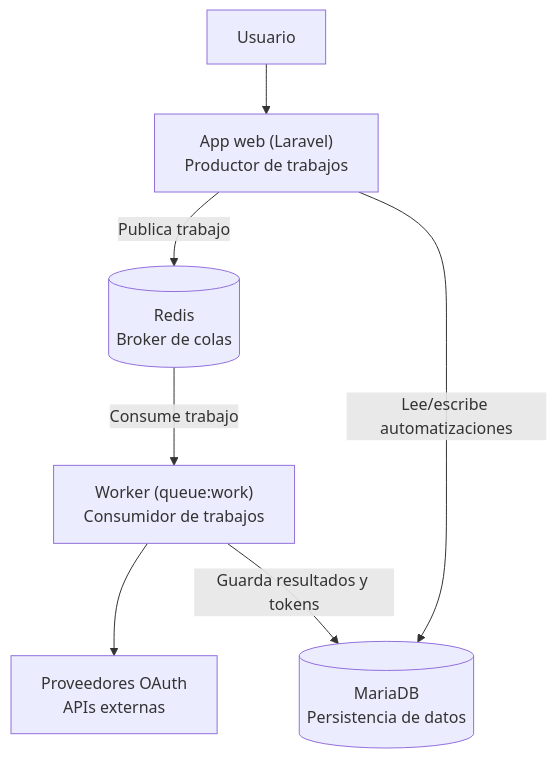
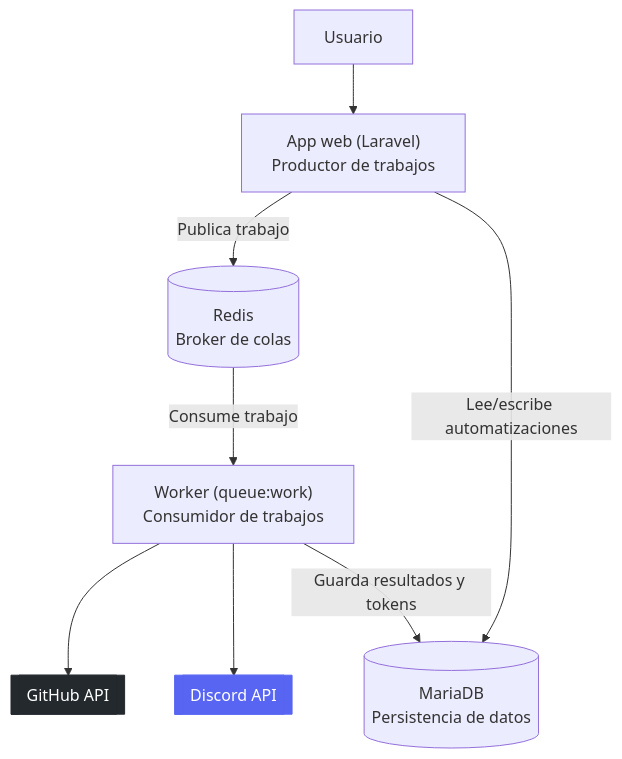
Before and after one commit to xaviferzun/flowhub.ISW811.xyz: the diagram in README.md, drawn with Mermaid. The commit also changed other lines of this file and 3 other files, not shown here.

````diff
--- a/README.md
+++ b/README.md
@@ -57,9 +82,15 @@
 ```mermaid
 flowchart TD
     U[Usuario] --> A["App web (Laravel)<br/>Productor de trabajos"]
     A -->|Publica trabajo| R[("Redis<br/>Broker de colas")]
     R -->|Consume trabajo| W["Worker (queue:work)<br/>Consumidor de trabajos"]
-    W --> O["Proveedores OAuth<br/>APIs externas"]
+    W --> GH[["GitHub API"]]
+    W --> DC[["Discord API"]]
     A -->|Lee/escribe automatizaciones| D[("MariaDB<br/>Persistencia de datos")]
     W -->|Guarda resultados y tokens| D
+
+    classDef github fill:#24292e,color:#ffffff,stroke:#24292e
+    classDef discord fill:#5865F2,color:#ffffff,stroke:#5865F2
+    class GH github
+    class DC discord
 ```
````
